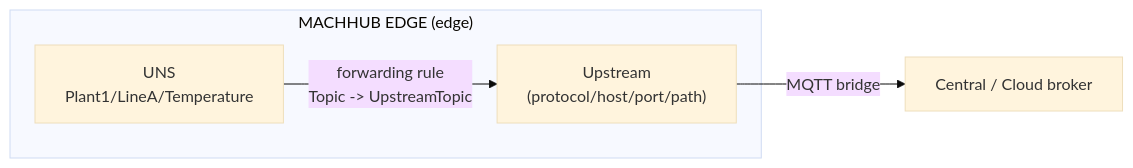
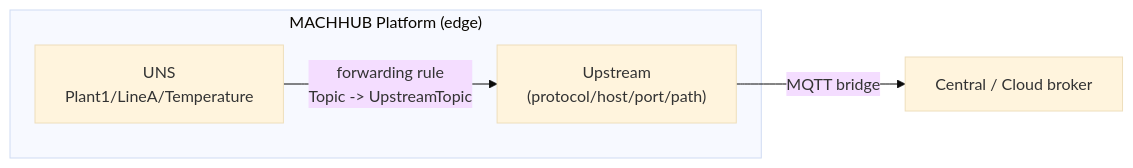
Before and after one commit to machhub-dev/docs: the first of 2 diagrams in src/content/docs/concepts/upstreams.md, drawn with Mermaid (base theme). The commit also changed other lines of this file and 24 other files, not shown here.

First line of the commit message:
docs: rename product from "MACHHUB EDGE" to "MACHHUB Platform"

````diff
--- a/src/content/docs/concepts/upstreams.md
+++ b/src/content/docs/concepts/upstreams.md
@@ -66,10 +66,10 @@
 ```mermaid
 flowchart LR
-  subgraph Edge["MACHHUB EDGE (edge)"]
+  subgraph Edge["MACHHUB Platform (edge)"]
     UNS["UNS\nPlant1/LineA/Temperature"]
     Up["Upstream\n(protocol/host/port/path)"]
     UNS -- "forwarding rule\nTopic -> UpstreamTopic" --> Up
   end
   Cloud["Central / Cloud broker"]
   Up -- "MQTT bridge" --> Cloud
 ```
````
